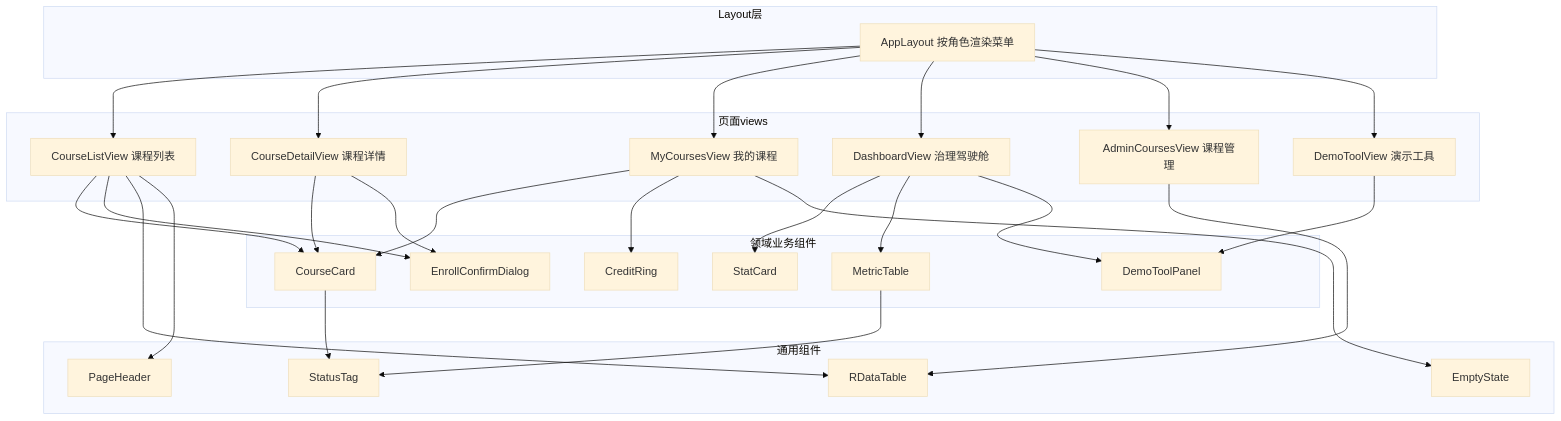
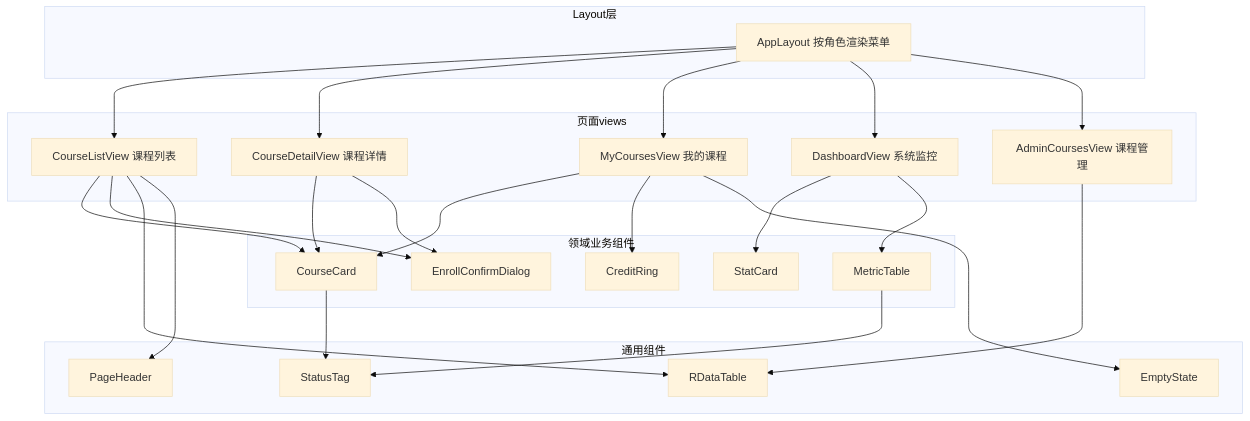
The sixth of 7 diagrams in 开发文档/设计说明.md (ZhanJHE/hercules-platform), drawn with Mermaid (base theme) before and after one commit. The commit also changed other lines of this file and 11 other files, not shown here.

````diff
--- a/开发文档/设计说明.md
+++ b/开发文档/设计说明.md
@@ -342,50 +342,45 @@
 ```mermaid
 graph TD
     subgraph Layout层
       SL[AppLayout 按角色渲染菜单]
     end
     subgraph 页面views
       VC[CourseListView 课程列表]
       VD[CourseDetailView 课程详情]
       VM[MyCoursesView 我的课程]
-      AD[DashboardView 治理驾驶舱]
+      AD[DashboardView 系统监控]
       ACD[AdminCoursesView 课程管理]
-      ADE[DemoToolView 演示工具]
     end
     subgraph 领域业务组件
       CC[CourseCard]
       ECD[EnrollConfirmDialog]
       CR[CreditRing]
       SC[StatCard]
       MT[MetricTable]
-      DTP[DemoToolPanel]
     end
     subgraph 通用组件
       PH[PageHeader]
       STAG[StatusTag]
       ES[EmptyState]
       RD[RDataTable]
     end
     SL --> VC
     SL --> VD
     SL --> VM
     SL --> AD
     SL --> ACD
-    SL --> ADE
     VC --> CC
     VC --> ECD
     VC --> RD
     VD --> CC
     VD --> ECD
     VM --> CC
     VM --> CR
     AD --> SC
     AD --> MT
-    AD --> DTP
     ACD --> RD
-    ADE --> DTP
     CC --> STAG
     MT --> STAG
     VC --> PH
     VM --> ES
 ```
````
